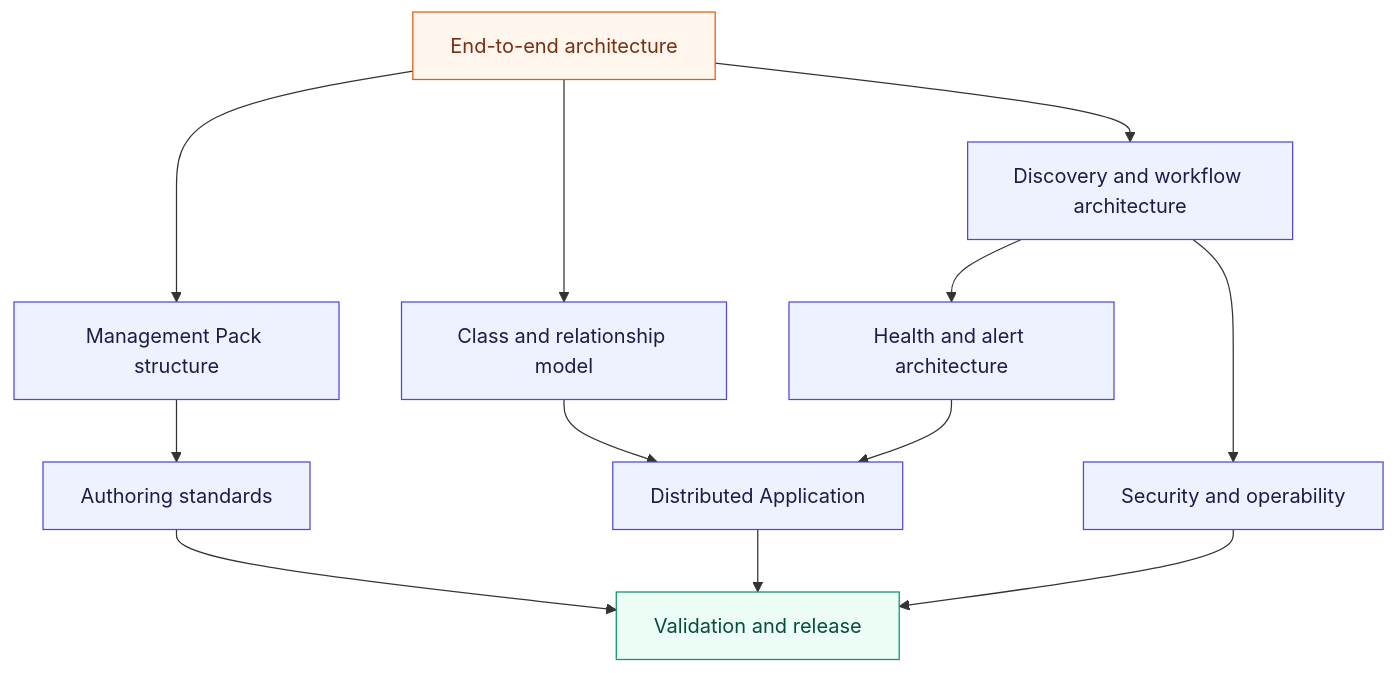
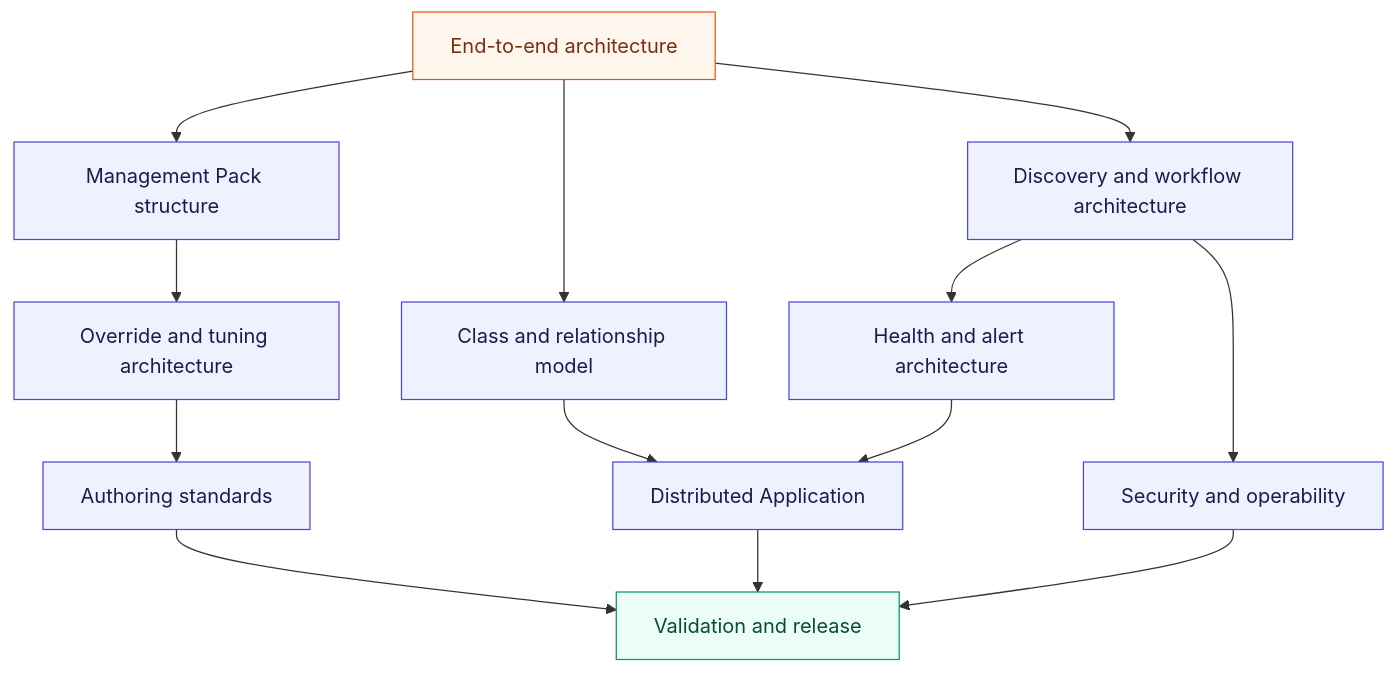
One commit to AzureLocal/azurelocal-scom-mp changed the diagram in docs/design/hyper-v/scom-mp.md. Above: the diagram before and after it, drawn with Mermaid. The commit also changed other lines of this file and 43 other files, not shown here.

````diff
--- a/docs/design/hyper-v/scom-mp.md
+++ b/docs/design/hyper-v/scom-mp.md
@@ -14,21 +14,22 @@
 ```mermaid
 flowchart TB
     ARCH[End-to-end architecture] --> PKG[Management Pack structure]
     ARCH --> MODEL[Class and relationship model]
     ARCH --> FLOW[Discovery and workflow architecture]
     MODEL --> DA[Distributed Application]
     FLOW --> HEALTH[Health and alert architecture]
     HEALTH --> DA
-    PKG --> AUTHOR[Authoring standards]
+    PKG --> OVR[Override and tuning architecture]
+    OVR --> AUTHOR[Authoring standards]
     FLOW --> SEC[Security and operability]
     DA --> TEST[Validation and release]
     AUTHOR --> TEST
     SEC --> TEST
 
     classDef root fill:#fff7ed,stroke:#ea580c,color:#7c2d12
     classDef design fill:#eef2ff,stroke:#4f46e5,color:#1e1b4b
     classDef gate fill:#ecfdf5,stroke:#059669,color:#064e3b
     class ARCH root
-    class PKG,MODEL,FLOW,HEALTH,DA,AUTHOR,SEC design
+    class PKG,MODEL,FLOW,HEALTH,DA,OVR,AUTHOR,SEC design
     class TEST gate
 ```
````
